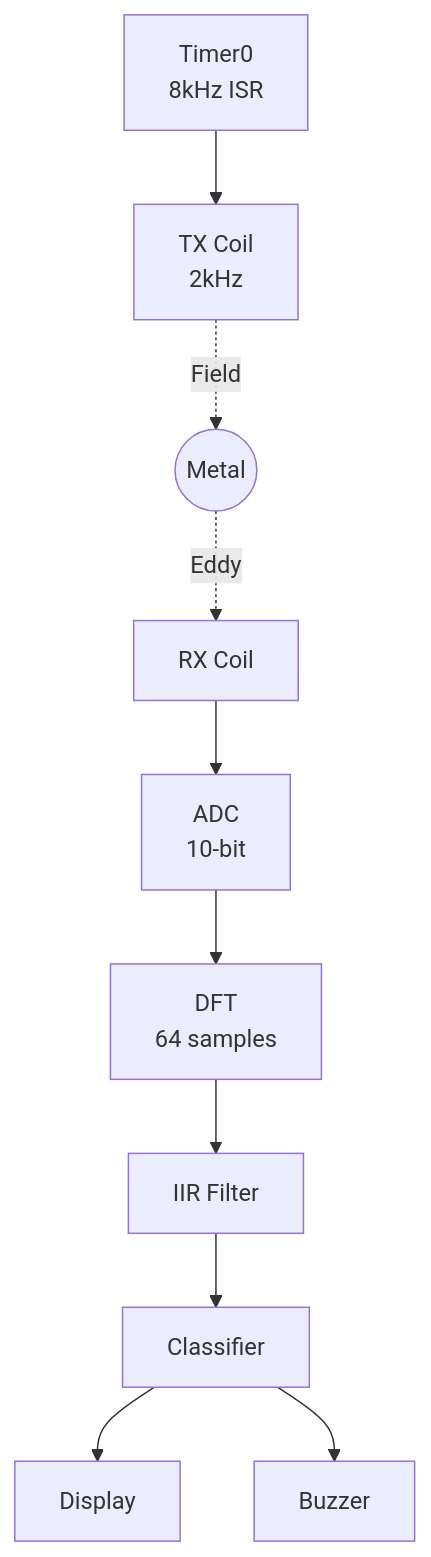
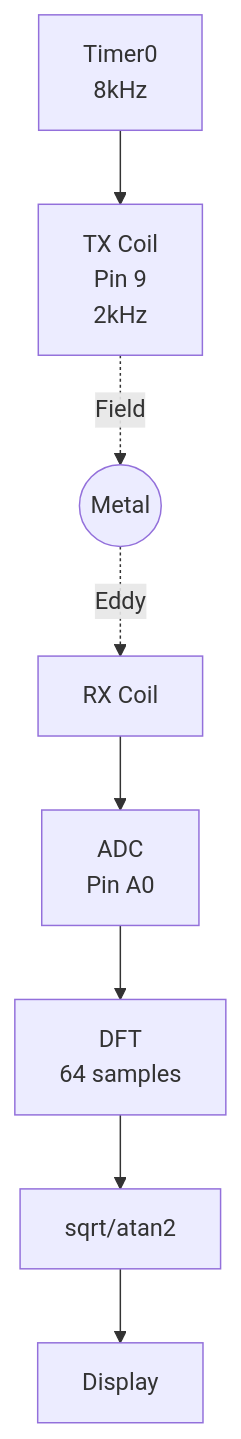
Before and after one commit to MadsRudolph/34621-Metal-Detector: the first of 2 diagrams in Code_Review.md, drawn with Mermaid. The commit also changed other lines of this file and 15 other files, not shown here.

````diff
--- a/Code_Review.md
+++ b/Code_Review.md
@@ -72,12 +40,10 @@
 ```mermaid
 flowchart TB
-    T0[Timer0<br>8kHz ISR] --> TXC[TX Coil<br>2kHz]
-    TXC -.->|Field| M((Metal))
-    M -.->|Eddy| RXC[RX Coil]
-    RXC --> ADC[ADC<br>10-bit]
+    T0[Timer0<br>8kHz] --> TX[TX Coil<br>Pin 9<br>2kHz]
+    TX -.->|Field| M((Metal))
+    M -.->|Eddy| RX[RX Coil]
+    RX --> ADC[ADC<br>Pin A0]
     ADC --> DFT[DFT<br>64 samples]
-    DFT --> IIR[IIR Filter]
-    IIR --> CLASS[Classifier]
-    CLASS --> OLED[Display]
-    CLASS --> BUZZ[Buzzer]
+    DFT --> CALC[sqrt/atan2]
+    CALC --> OLED[Display]
 ```
````
